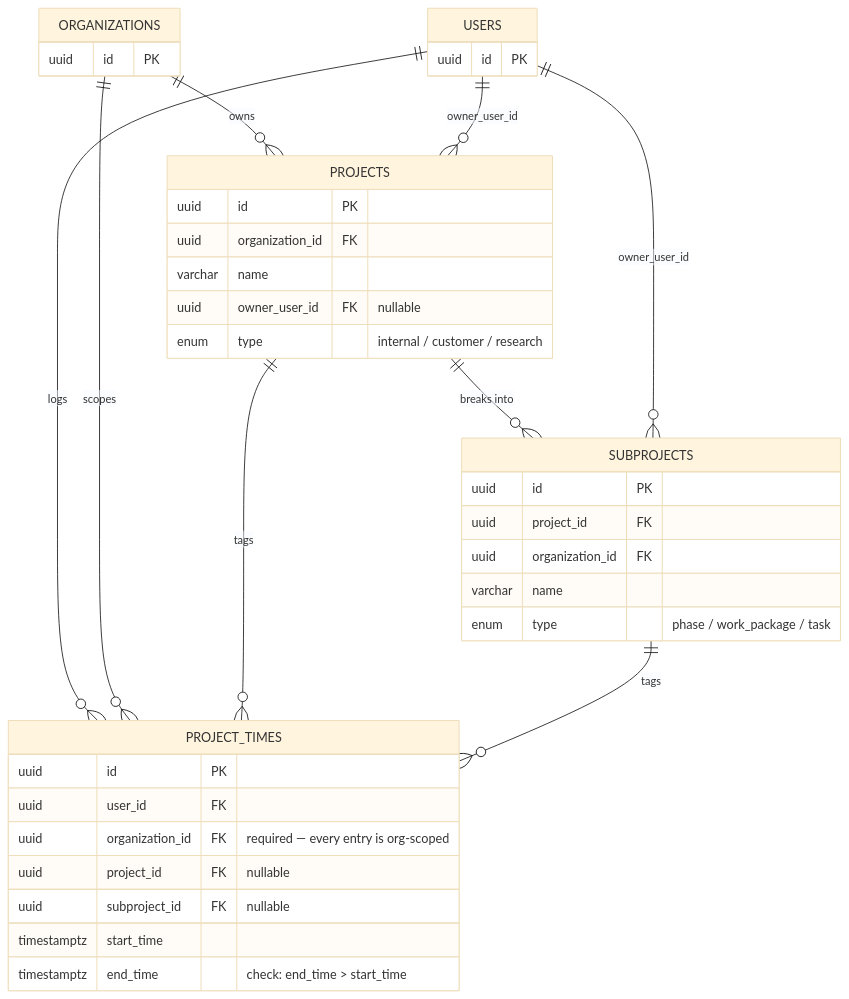
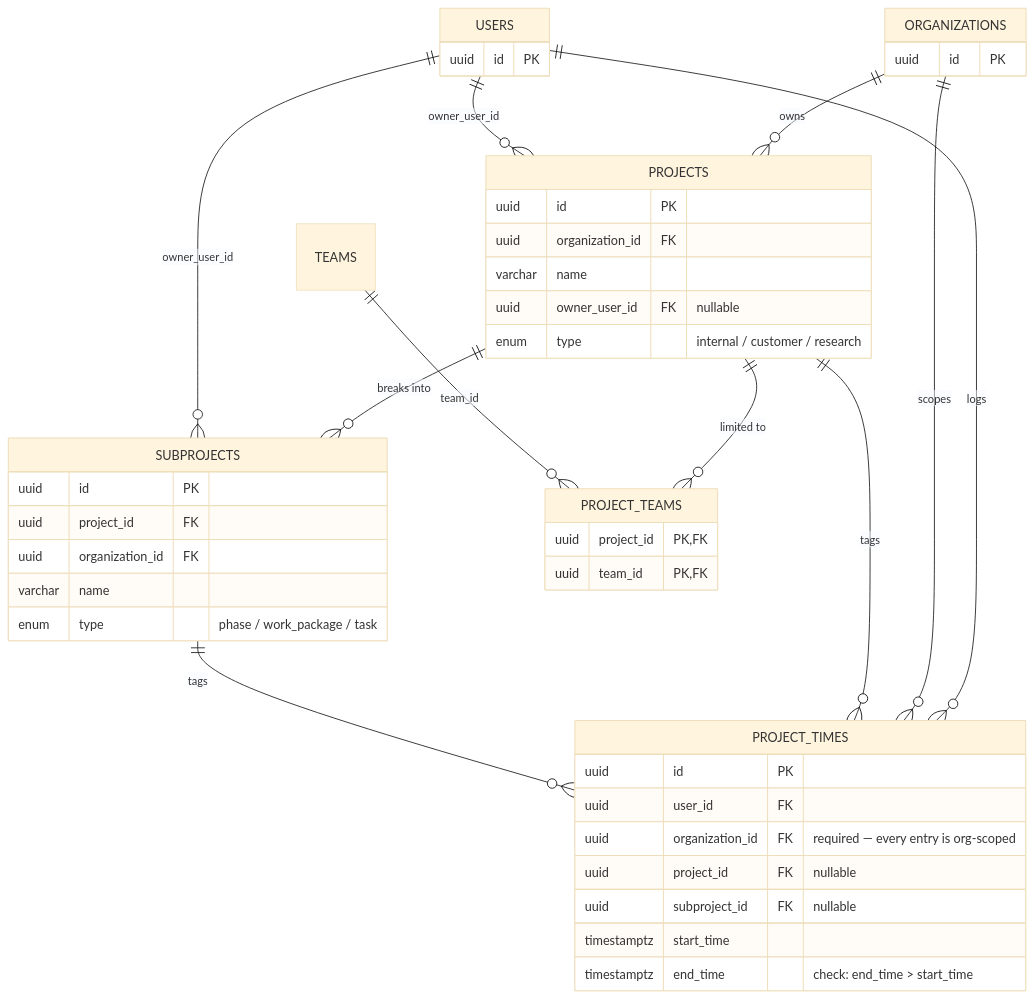
Before and after one commit to fporoli/apensum: the fifth of 18 diagrams in docs/DATABASE_SCHEMA.md, drawn with Mermaid (base theme). The commit also changed other lines of this file and 37 other files, not shown here.

````diff
--- a/docs/DATABASE_SCHEMA.md
+++ b/docs/DATABASE_SCHEMA.md
@@ -230,37 +233,43 @@
 ```mermaid
 erDiagram
     ORGANIZATIONS ||--o{ PROJECTS : "owns"
     PROJECTS ||--o{ SUBPROJECTS : "breaks into"
     USERS ||--o{ PROJECTS : "owner_user_id"
     USERS ||--o{ SUBPROJECTS : "owner_user_id"
     USERS ||--o{ PROJECT_TIMES : "logs"
     ORGANIZATIONS ||--o{ PROJECT_TIMES : "scopes"
     PROJECTS ||--o{ PROJECT_TIMES : "tags"
     SUBPROJECTS ||--o{ PROJECT_TIMES : "tags"
+    PROJECTS ||--o{ PROJECT_TEAMS : "limited to"
+    TEAMS ||--o{ PROJECT_TEAMS : "team_id"
 
+    PROJECT_TEAMS {
+        uuid project_id PK,FK
+        uuid team_id PK,FK
+    }
     PROJECTS {
         uuid id PK
         uuid organization_id FK
         varchar name
         uuid owner_user_id FK "nullable"
         enum type "internal / customer / research"
     }
     SUBPROJECTS {
         uuid id PK
         uuid project_id FK
         uuid organization_id FK
         varchar name
         enum type "phase / work_package / task"
     }
     PROJECT_TIMES {
         uuid id PK
         uuid user_id FK
         uuid organization_id FK "required — every entry is org-scoped"
         uuid project_id FK "nullable"
         uuid subproject_id FK "nullable"
         timestamptz start_time
         timestamptz end_time "check: end_time > start_time"
     }
     ORGANIZATIONS { uuid id PK }
     USERS { uuid id PK }
 ```
````
